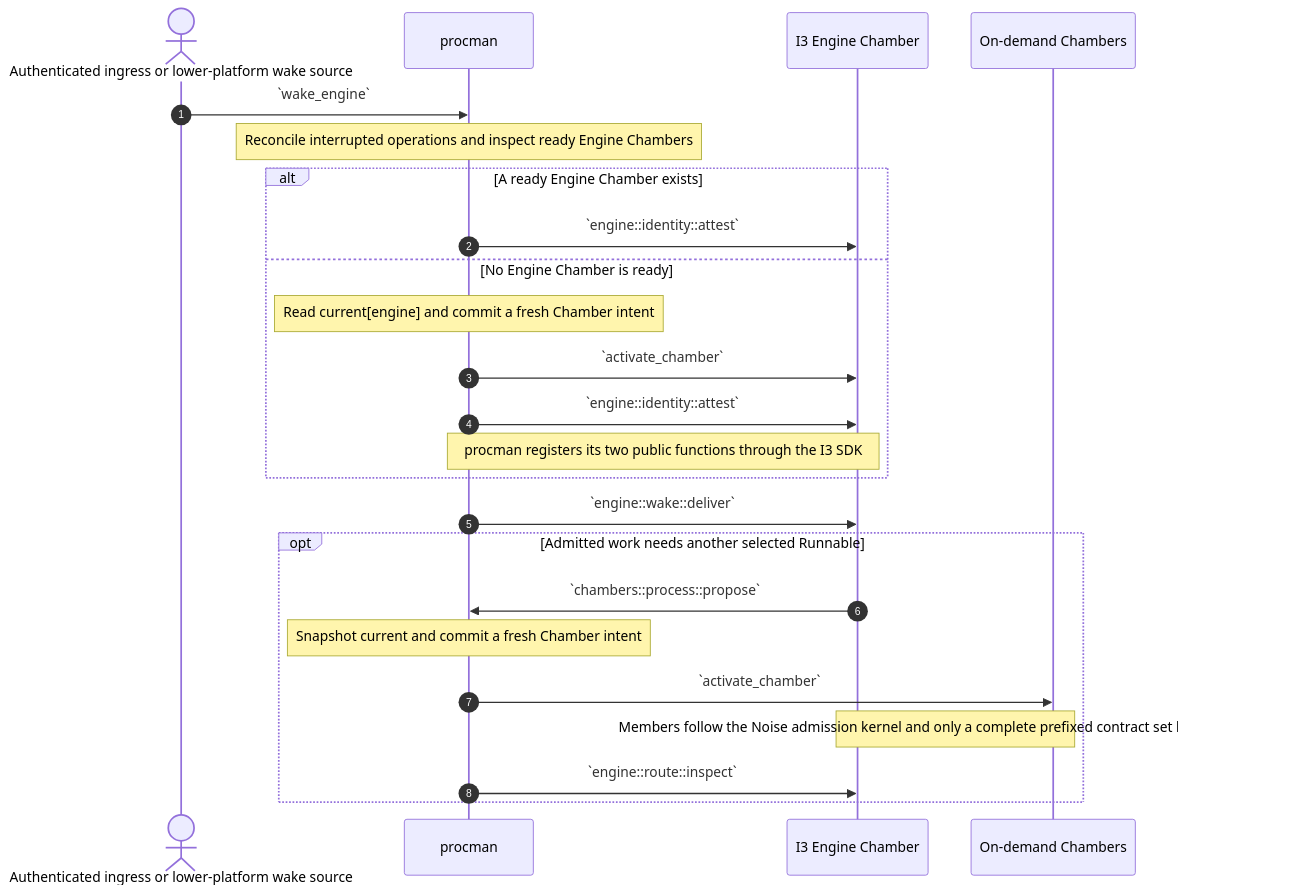
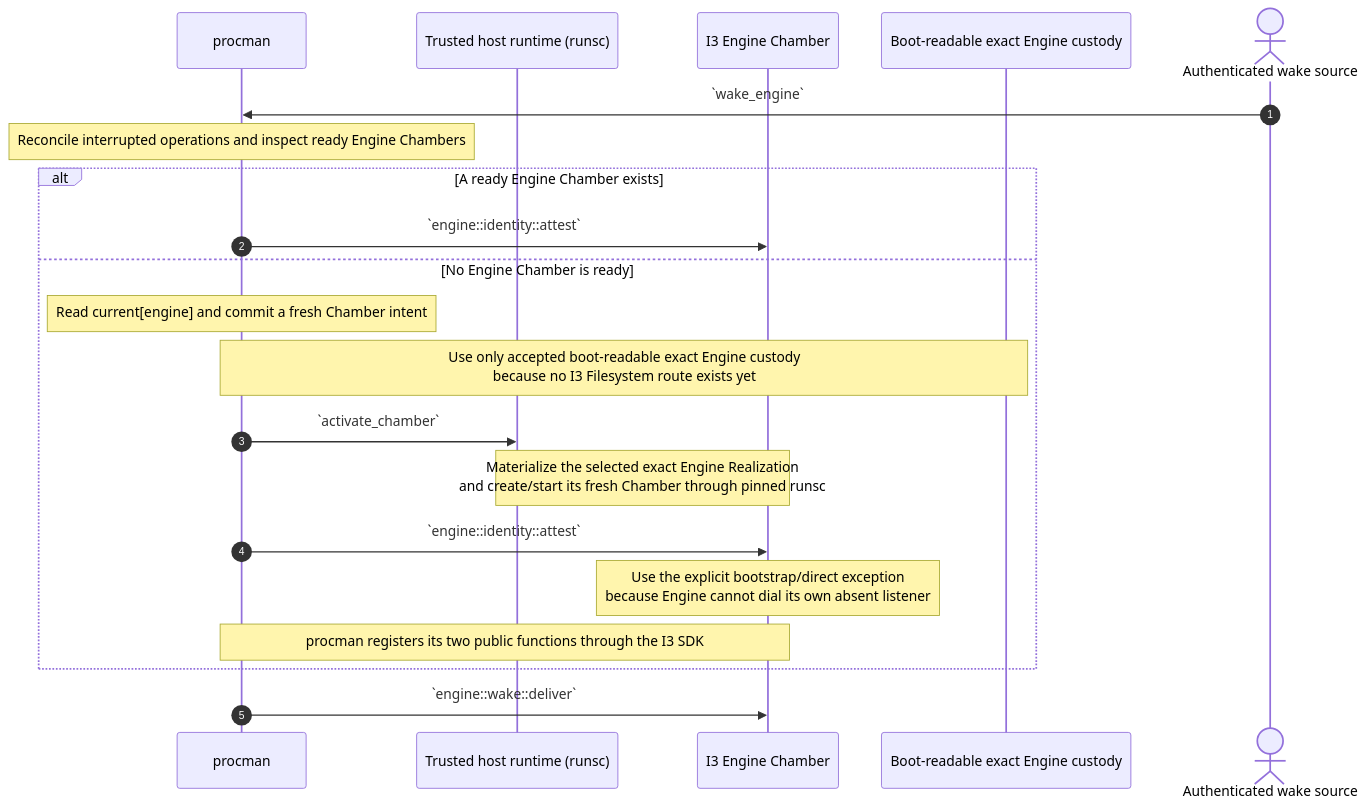
Before and after one commit to dreamcatcher-tech/chambers-lifecycle-explorer: the fourth of 11 diagrams in source/chambers-lifecycle-sequences.md, drawn with Mermaid. The commit also changed other lines of this file and 9 other files, not shown here.

````diff
--- a/source/chambers-lifecycle-sequences.md
+++ b/source/chambers-lifecycle-sequences.md
@@ -538,31 +557,26 @@
 ```mermaid
 sequenceDiagram
     autonumber
-    actor Wake as Authenticated ingress or lower-platform wake source
     participant procman
+    participant Runtime as Trusted host runtime (runsc)
     participant Engine as I3 Engine Chamber
-    participant Members as On-demand Chambers
+    participant Custody as Boot-readable exact Engine custody
+    actor Wake as Authenticated wake source
 
     Wake->>procman: `wake_engine`
     Note over procman: Reconcile interrupted operations and inspect ready Engine Chambers
 
     alt A ready Engine Chamber exists
         procman->>Engine: `engine::identity::attest`
     else No Engine Chamber is ready
         Note over procman: Read current[engine] and commit a fresh Chamber intent
-        procman->>Engine: `activate_chamber`
+        Note over procman,Custody: Use only accepted boot-readable exact Engine custody<br/>because no I3 Filesystem route exists yet
+        procman->>Runtime: `activate_chamber`
+        Note over Runtime,Engine: Materialize the selected exact Engine Realization<br/>and create/start its fresh Chamber through pinned runsc
         procman->>Engine: `engine::identity::attest`
+        Note over Engine: Use the explicit bootstrap/direct exception<br/>because Engine cannot dial its own absent listener
         Note over procman,Engine: procman registers its two public functions through the I3 SDK
     end
 
     procman->>Engine: `engine::wake::deliver`
-
-    opt Admitted work needs another selected Runnable
-        Engine->>procman: `chambers::process::propose`
-        Note over procman: Snapshot current and commit a fresh Chamber intent
-        procman->>Members: `activate_chamber`
-        Note over Members,Engine: Members follow the Noise admission kernel and only a complete prefixed contract set becomes routable
-        procman->>Engine: `engine::route::inspect`
-    end
-
 ```
````
